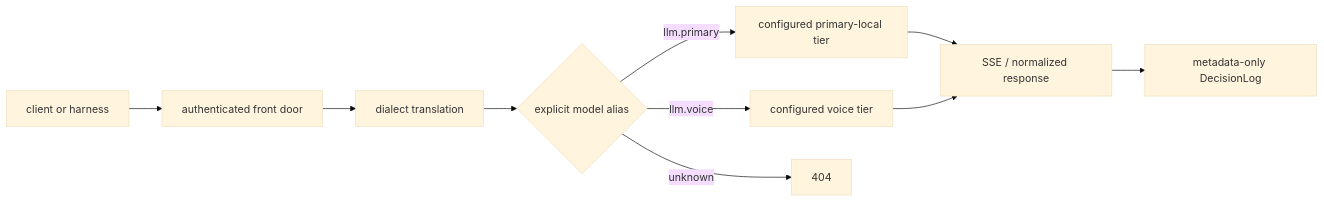
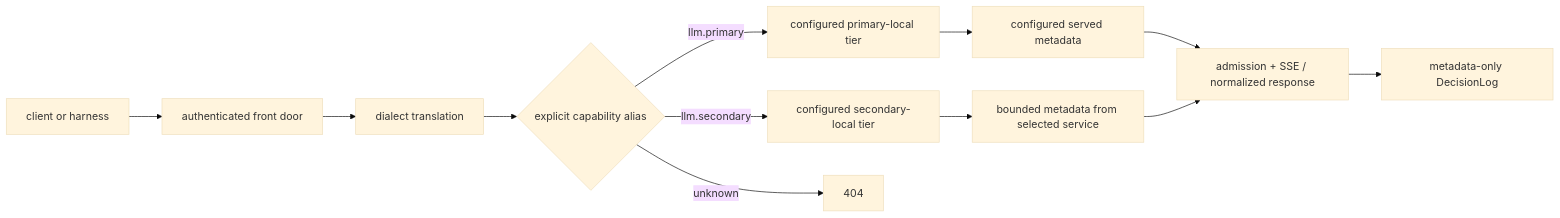
One commit to fakoli/anvil-serving changed the first of 4 diagrams in docs/ARCHITECTURE.md. Above: the diagram before and after it, drawn with Mermaid (base theme). The commit also changed other lines of this file and 26 other files, not shown here.

````diff
--- a/docs/ARCHITECTURE.md
+++ b/docs/ARCHITECTURE.md
@@ -7,12 +9,14 @@
 ```mermaid
 flowchart LR
     C["client or harness"] --> A["authenticated front door"]
     A --> D["dialect translation"]
-    D --> R{"explicit model alias"}
+    D --> R{"explicit capability alias"}
     R -->|"llm.primary"| H["configured primary-local tier"]
-    R -->|"llm.voice"| F["configured voice tier"]
+    R -->|"llm.secondary"| F["configured secondary-local tier"]
     R -->|"unknown"| X["404"]
-    H --> S["SSE / normalized response"]
-    F --> S
+    H --> HM["configured served metadata"]
+    F --> FM["bounded metadata from selected service"]
+    HM --> S["admission + SSE / normalized response"]
+    FM --> S
     S --> L["metadata-only DecisionLog"]
 ```
````
